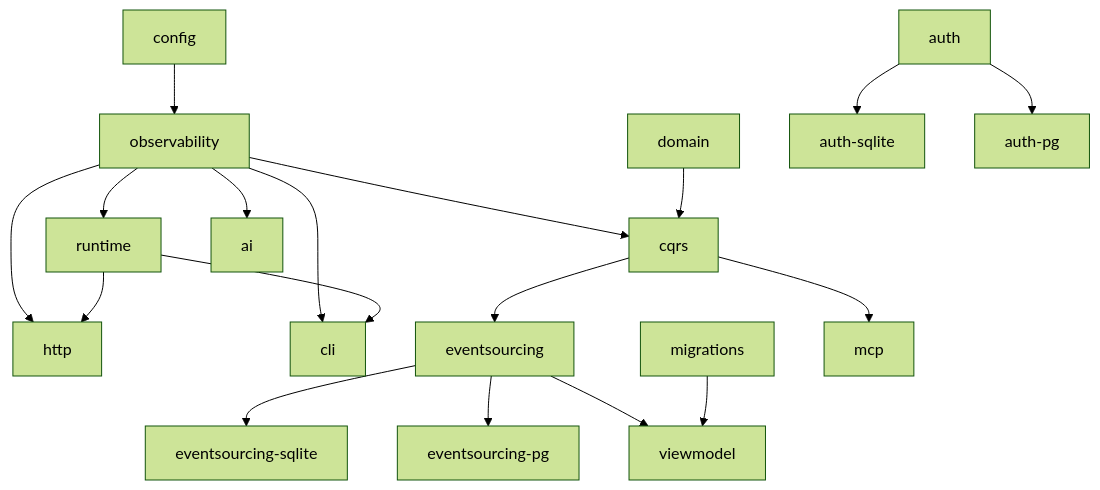
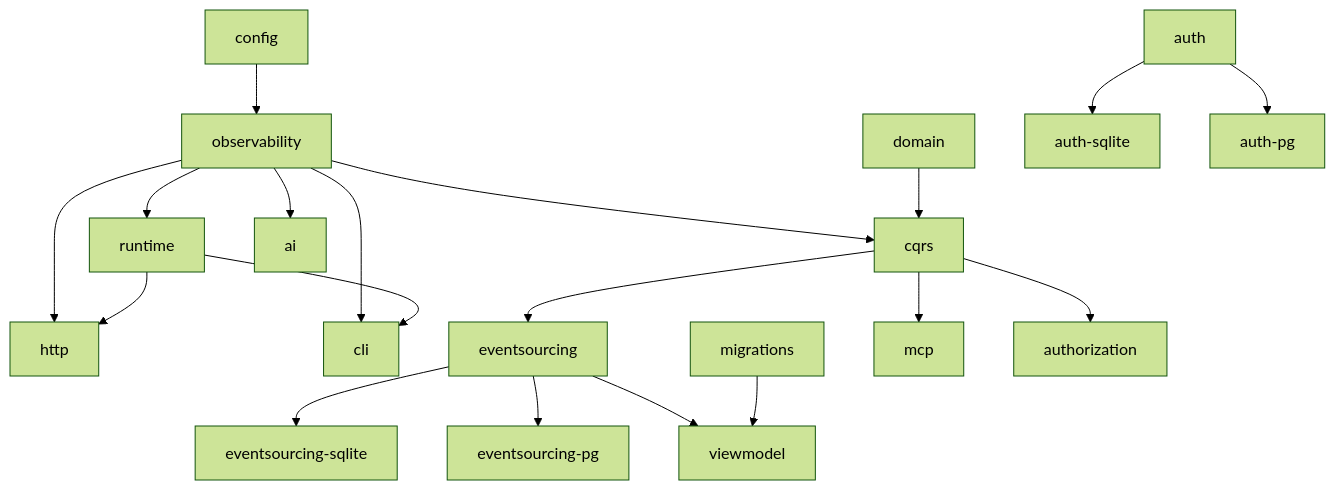
One commit to Ligerian-labs/structure changed the second of 2 diagrams in docs/architecture.md. Above: the diagram before and after it, drawn with Mermaid (forest theme). The commit also changed other lines of this file and 29 other files, not shown here.

Commit message:
feat(authorization): typed roles/permissions policy with cqrs and http guards

````diff
--- a/docs/architecture.md
+++ b/docs/architecture.md
@@ -33,12 +34,13 @@
 ```mermaid
 flowchart TD
     config --> observability
     observability --> cqrs & runtime & http & cli & ai
     domain --> cqrs --> eventsourcing
     eventsourcing --> essqlite[eventsourcing-sqlite] & espg[eventsourcing-pg]
     eventsourcing --> viewmodel
     migrations --> viewmodel
     runtime --> http & cli
     cqrs --> mcp
     auth --> authsqlite[auth-sqlite] & authpg[auth-pg]
+    cqrs --> authorization
 ```
````
